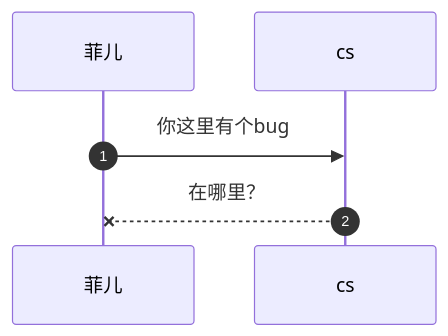
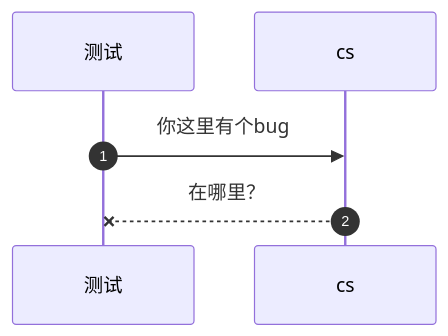
Before and after one commit to dadins/dadins.github.io: the sixth of 15 diagrams in 3-way-handshake.md, drawn with Mermaid. The commit also changed other lines of this file, not shown here.

````diff
--- a/3-way-handshake.md
+++ b/3-way-handshake.md
@@ -238,8 +238,8 @@
 ```mermaid
 sequenceDiagram
-participant 菲儿
+participant 测试
 participant cs
 autonumber
-菲儿->> cs: 你这里有个bug 
-cs --x 菲儿:  在哪里？
+测试->> cs: 你这里有个bug 
+cs --x 测试:  在哪里？
 ```
````
